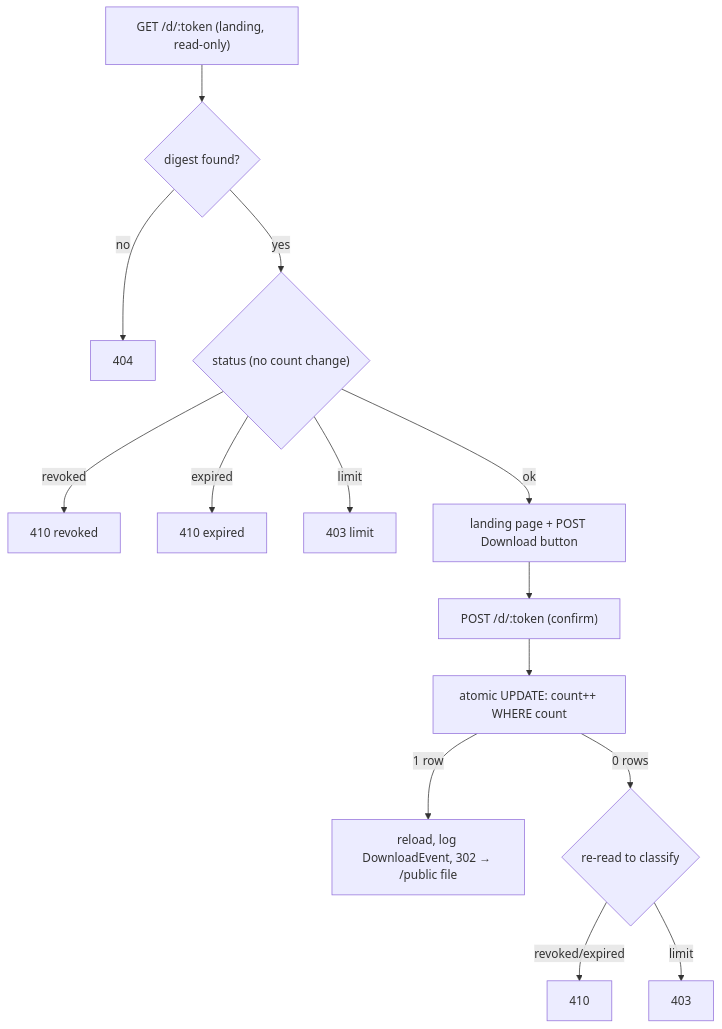
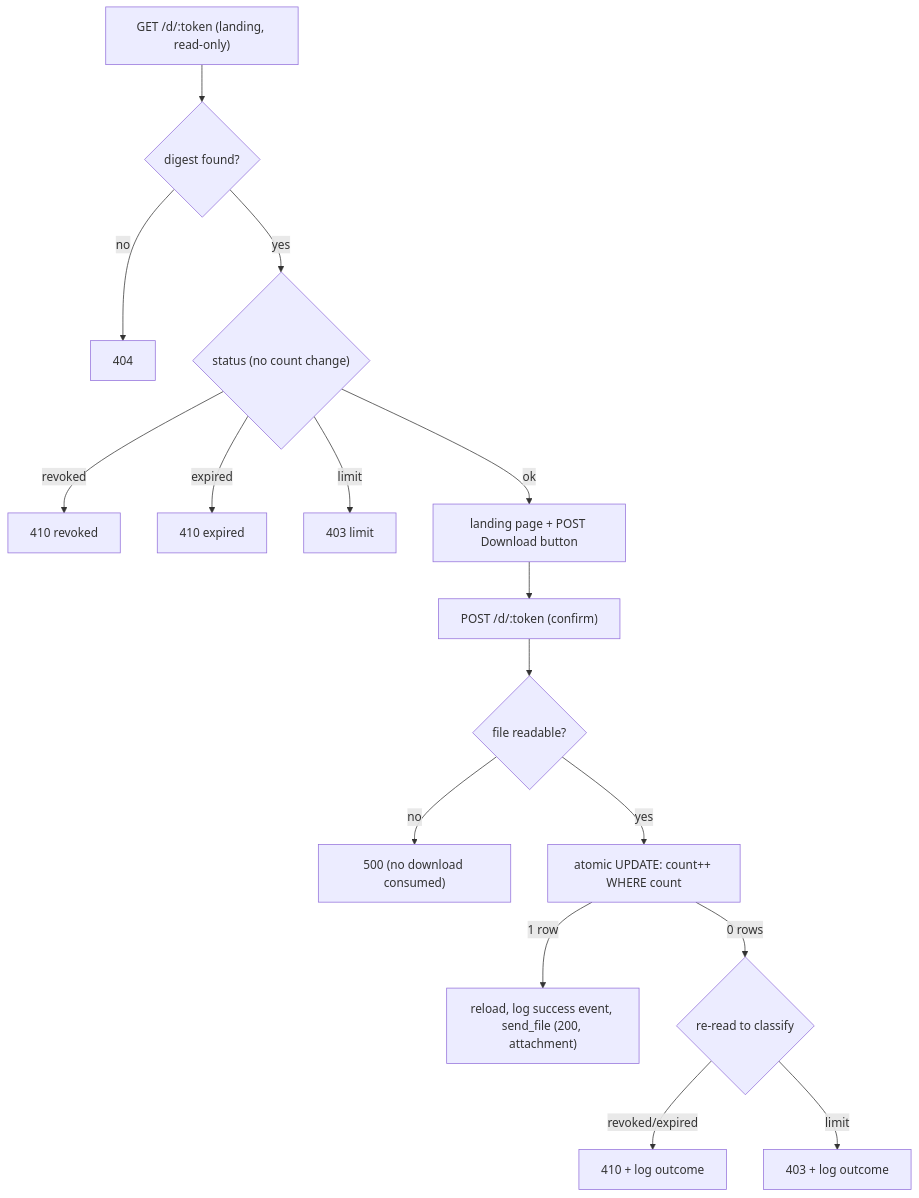
Before and after one commit to ycbencheng/download-system: the second of 2 diagrams in README.md, drawn with Mermaid. The commit also changed other lines of this file and 2 other files, not shown here.

````diff
--- a/README.md
+++ b/README.md
@@ -78,16 +78,18 @@
 ```mermaid
 flowchart TD
   get["GET /d/:token (landing, read-only)"] --> lk{"digest found?"}
   lk -->|no| nf["404"]
   lk -->|yes| st{"status (no count change)"}
   st -->|revoked| g1["410 revoked"]
   st -->|expired| g2["410 expired"]
   st -->|limit| f1["403 limit"]
   st -->|ok| btn["landing page + POST Download button"]
   btn --> post["POST /d/:token (confirm)"]
-  post --> atomic["atomic UPDATE: count++ WHERE count<max AND not expired AND revoked_at IS NULL"]
-  atomic -->|"1 row"| ok["reload, log DownloadEvent, 302 → /public file"]
+  post --> chk{"file readable?"}
+  chk -->|no| err["500 (no download consumed)"]
+  chk -->|yes| atomic["atomic UPDATE: count++ WHERE count<max AND not expired AND revoked_at IS NULL"]
+  atomic -->|"1 row"| ok["reload, log success event, send_file (200, attachment)"]
   atomic -->|"0 rows"| re{"re-read to classify"}
-  re -->|revoked/expired| gone["410"]
-  re -->|limit| forbidden["403"]
+  re -->|revoked/expired| gone["410 + log outcome"]
+  re -->|limit| forbidden["403 + log outcome"]
 ```
````
